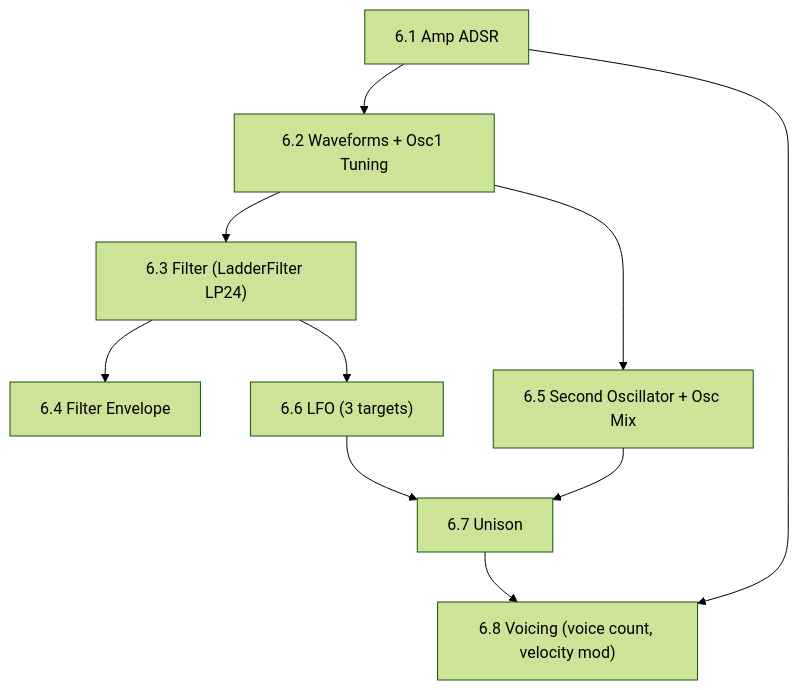
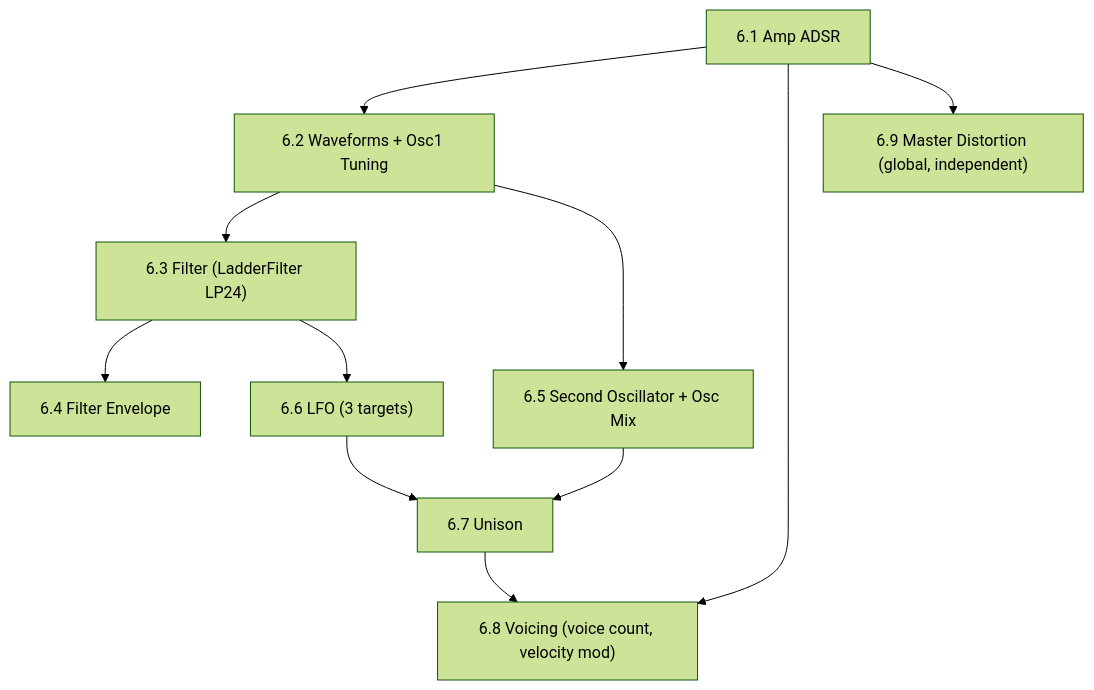
One commit to AnshulJ999/Solace-Synth changed the diagram in .agent/plans/Phase 6 — DSP Roadmap.md. Above: the diagram before and after it, drawn with Mermaid (forest theme). The commit also changed other lines of this file and 3 other files, not shown here.

````diff
--- a/.agent/plans/Phase 6 — DSP Roadmap.md
+++ b/.agent/plans/Phase 6 — DSP Roadmap.md
@@ -409,12 +440,13 @@
 ```mermaid
 graph TD
   A["6.1 Amp ADSR"] --> B["6.2 Waveforms + Osc1 Tuning"]
   B --> C["6.3 Filter (LadderFilter LP24)"]
   C --> D["6.4 Filter Envelope"]
   B --> E["6.5 Second Oscillator + Osc Mix"]
   C --> F["6.6 LFO (3 targets)"]
   E --> G["6.7 Unison"]
   F --> G
   G --> H["6.8 Voicing (voice count, velocity mod)"]
   A --> H
+  A --> I["6.9 Master Distortion (global, independent)"]
 ```
````
